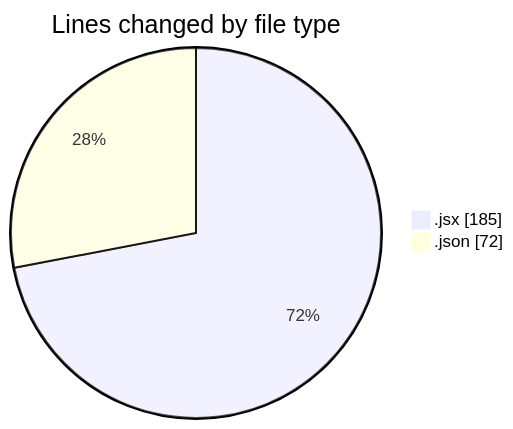
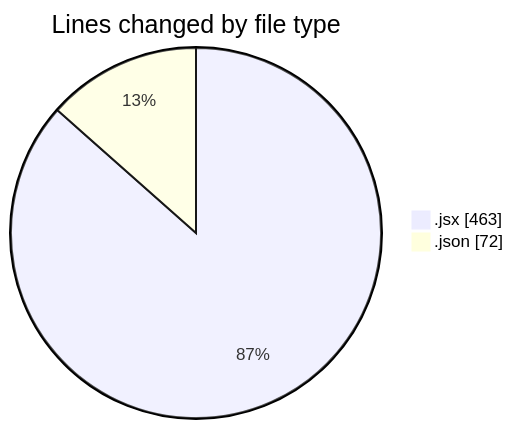
One commit to momahboobian/code-tracking changed the first of 2 diagrams in 2026-03-19/commonwealth-front-end-task/README.md. Above: the diagram before and after it, drawn with Mermaid. The commit also changed other lines of this file and 1 other file, not shown here.

````diff
--- a/2026-03-19/commonwealth-front-end-task/README.md
+++ b/2026-03-19/commonwealth-front-end-task/README.md
@@ -22,6 +23,6 @@
 ```mermaid
 pie showData
 title Lines changed by file type
-".jsx" : 185
+".jsx" : 463
 ".json" : 72
 ```
````
